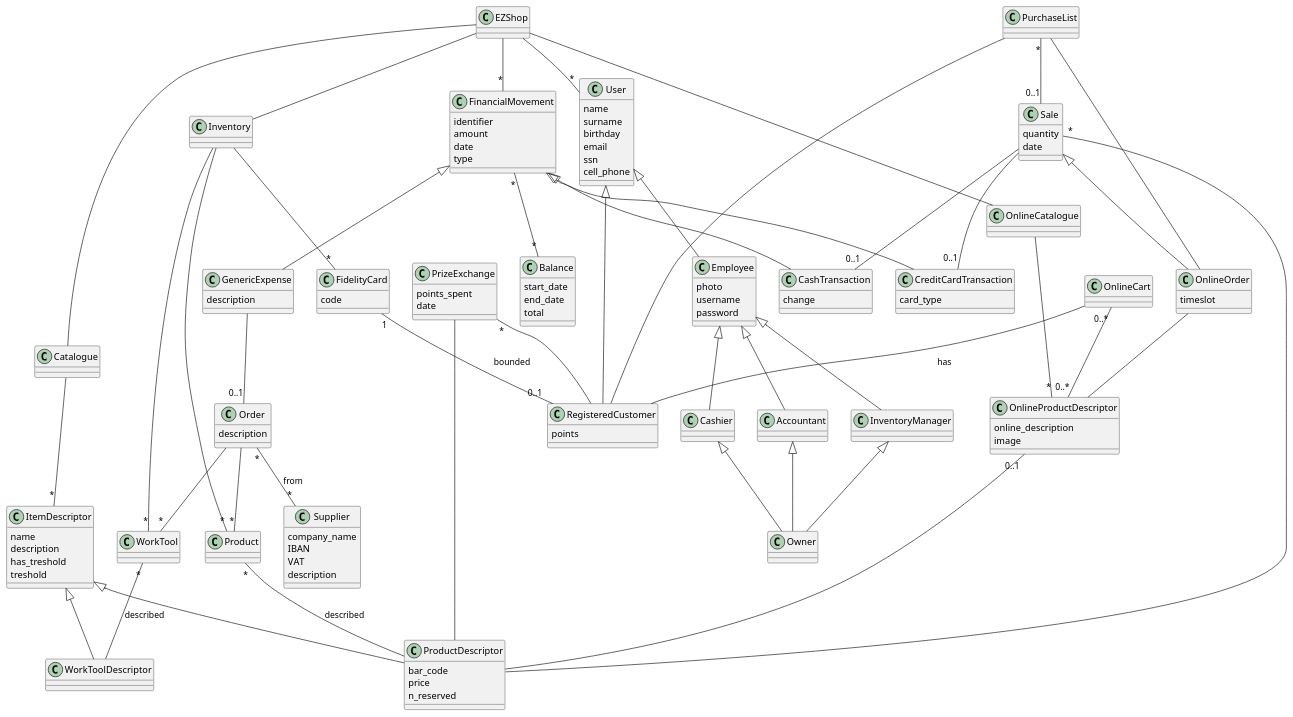
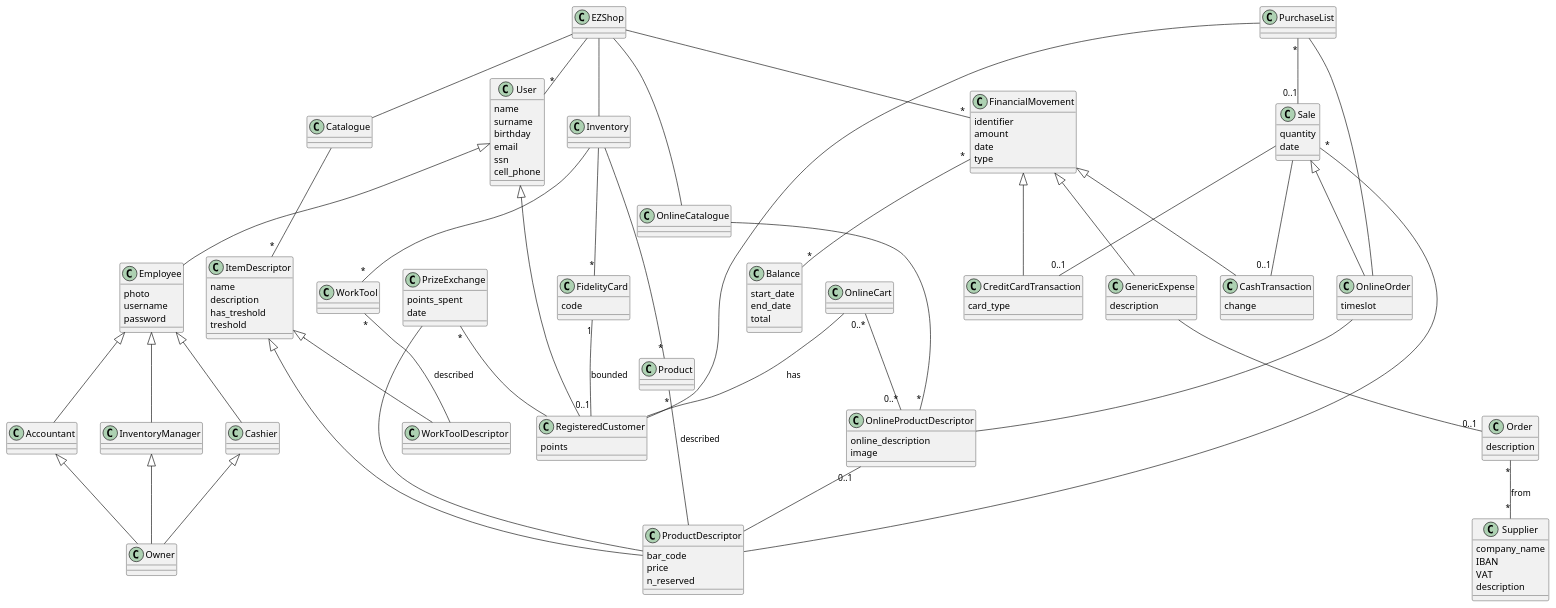
One commit to paolotron/EzshoProject31 changed the fifth of 7 diagrams in Deliverables/RequirementsDocument.md. Above: the diagram before and after it, drawn with PlantUML.

Commit message:
Update Glossary

```diff
--- a/Deliverables/RequirementsDocument.md
+++ b/Deliverables/RequirementsDocument.md
@@ -866,8 +866,6 @@
 
 
 Order "*"-- "*"Supplier : "from"
-Order --"*"Product
-Order -- "*"WorkTool
 OnlineCatalogue --"*"OnlineProductDescriptor
 OnlineProductDescriptor"0..1" -- ProductDescriptor 
 OnlineCart -- RegisteredCustomer: "has"
```
